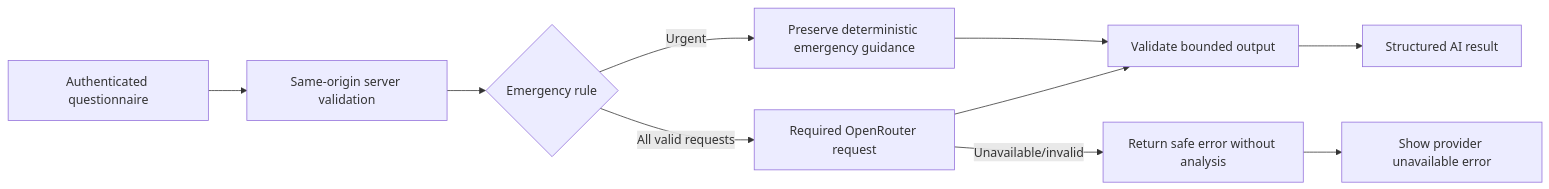
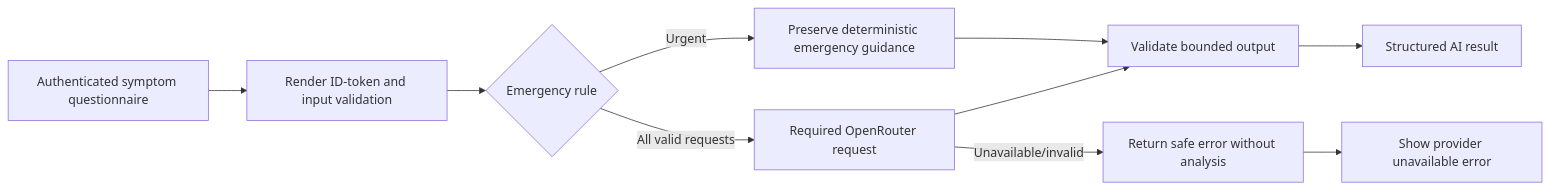
One commit to SanMinnHtun/mathirikhin-srepo changed the third of 3 diagrams in specs/02-architecture/data-flow.md. Above: the diagram before and after it, drawn with Mermaid. The commit also changed 24 other files, not shown here.

````diff
--- a/specs/02-architecture/data-flow.md
+++ b/specs/02-architecture/data-flow.md
@@ -36,12 +36,12 @@
 ```mermaid
 flowchart LR
-  U[Authenticated questionnaire] --> V[Same-origin server validation]
+  U[Authenticated symptom questionnaire] --> V[Render ID-token and input validation]
   V --> E{Emergency rule}
   E -->|Urgent| G[Preserve deterministic emergency guidance]
   E -->|All valid requests| O[Required OpenRouter request]
   O --> N[Validate bounded output]
   O -->|Unavailable/invalid| F[Return safe error without analysis]
   N --> R[Structured AI result]
   G --> N
   F --> X[Show provider unavailable error]
 ```
````
